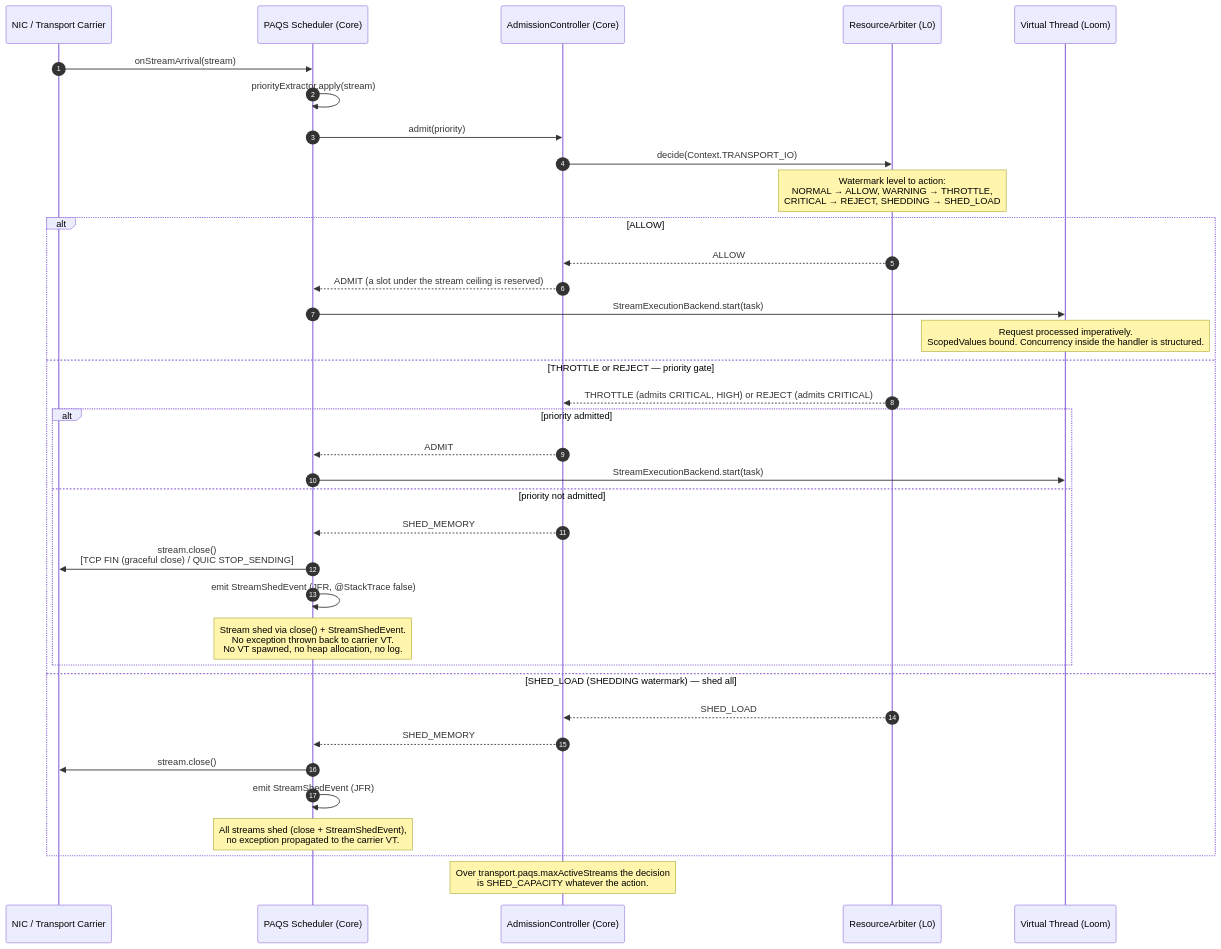
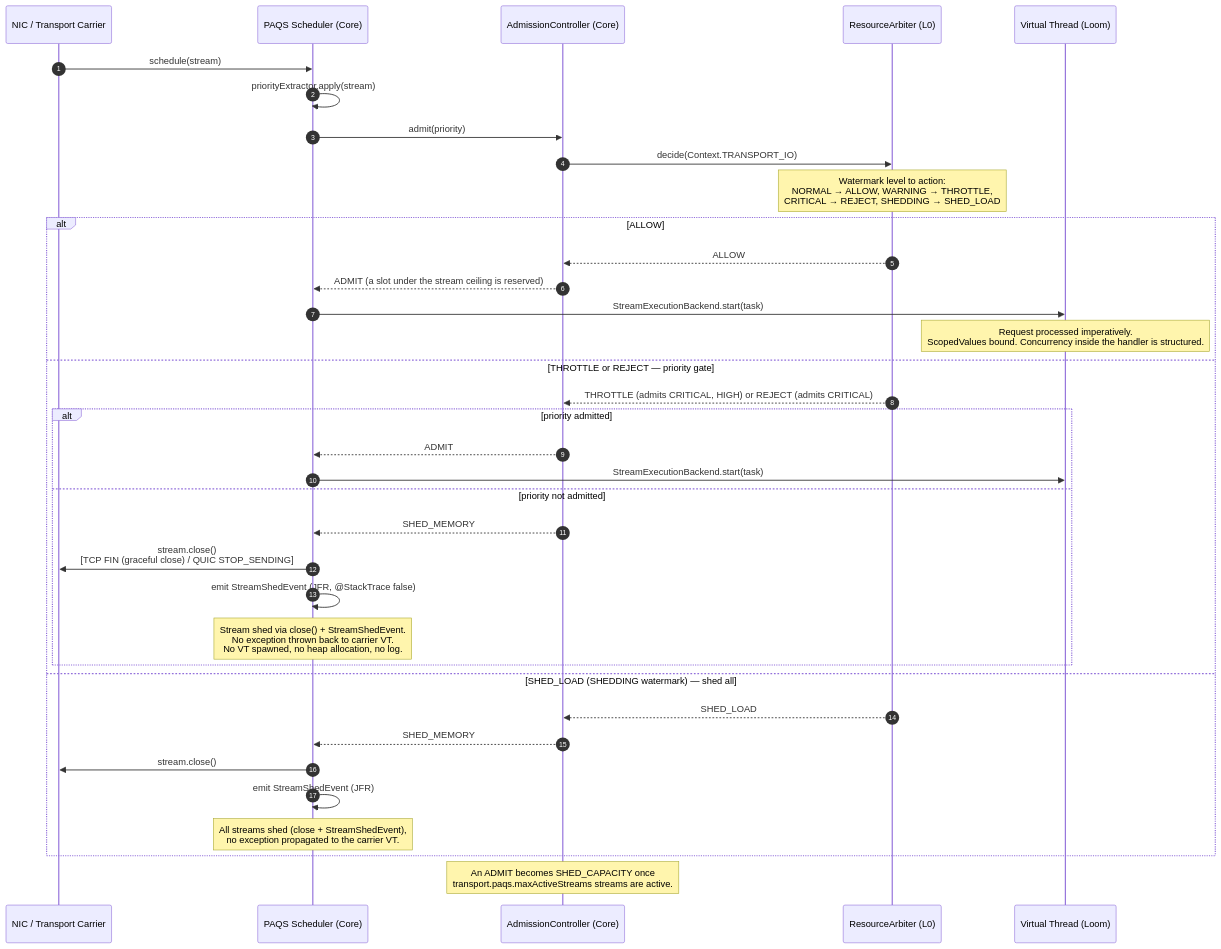
One commit to exeris-systems/exeris-kernel changed the diagram in docs/subsystems/transport.md. Above: the diagram before and after it, drawn with Mermaid. The commit also changed other lines of this file and 12 other files, not shown here.

````diff
--- a/docs/subsystems/transport.md
+++ b/docs/subsystems/transport.md
@@ -699,41 +699,41 @@
 ```mermaid
 sequenceDiagram
     autonumber
     participant NIC   as NIC / Transport Carrier
     participant PAQS  as PAQS Scheduler (Core)
     participant AC    as AdmissionController (Core)
     participant RA    as ResourceArbiter (L0)
     participant VT    as Virtual Thread (Loom)
 
-    NIC->>PAQS: onStreamArrival(stream)
+    NIC->>PAQS: schedule(stream)
     PAQS->>PAQS: priorityExtractor.apply(stream)
 
     PAQS->>AC: admit(priority)
     AC->>RA: decide(Context.TRANSPORT_IO)
     Note over RA: Watermark level to action:<br/>NORMAL → ALLOW, WARNING → THROTTLE,<br/>CRITICAL → REJECT, SHEDDING → SHED_LOAD
 
     alt ALLOW
         RA-->>AC: ALLOW
         AC-->>PAQS: ADMIT (a slot under the stream ceiling is reserved)
         PAQS->>VT: StreamExecutionBackend.start(task)
         Note over VT: Request processed imperatively.<br/>ScopedValues bound. Concurrency inside the handler is structured.
     else THROTTLE or REJECT — priority gate
         RA-->>AC: THROTTLE (admits CRITICAL, HIGH) or REJECT (admits CRITICAL)
         alt priority admitted
             AC-->>PAQS: ADMIT
             PAQS->>VT: StreamExecutionBackend.start(task)
         else priority not admitted
             AC-->>PAQS: SHED_MEMORY
             PAQS->>NIC: stream.close()<br/>[TCP FIN (graceful close) / QUIC STOP_SENDING]
             PAQS->>PAQS: emit StreamShedEvent (JFR, @StackTrace false)
             Note over PAQS: Stream shed via close() + StreamShedEvent.<br/>No exception thrown back to carrier VT.<br/>No VT spawned, no heap allocation, no log.
         end
     else SHED_LOAD (SHEDDING watermark) — shed all
         RA-->>AC: SHED_LOAD
         AC-->>PAQS: SHED_MEMORY
         PAQS->>NIC: stream.close()
         PAQS->>PAQS: emit StreamShedEvent (JFR)
         Note over PAQS: All streams shed (close + StreamShedEvent),<br/>no exception propagated to the carrier VT.
     end
-    Note over AC: Over transport.paqs.maxActiveStreams the decision<br/>is SHED_CAPACITY whatever the action.
+    Note over AC: An ADMIT becomes SHED_CAPACITY once<br/>transport.paqs.maxActiveStreams streams are active.
 ```
````
